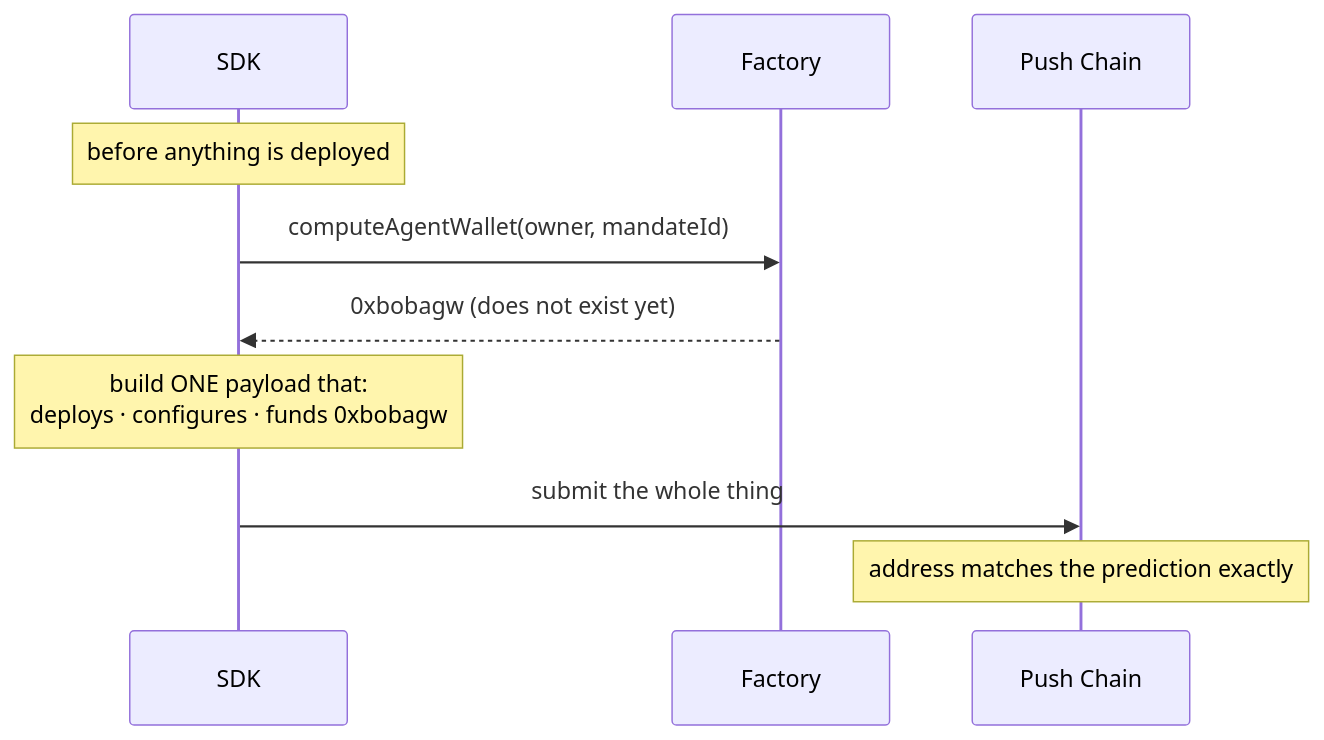
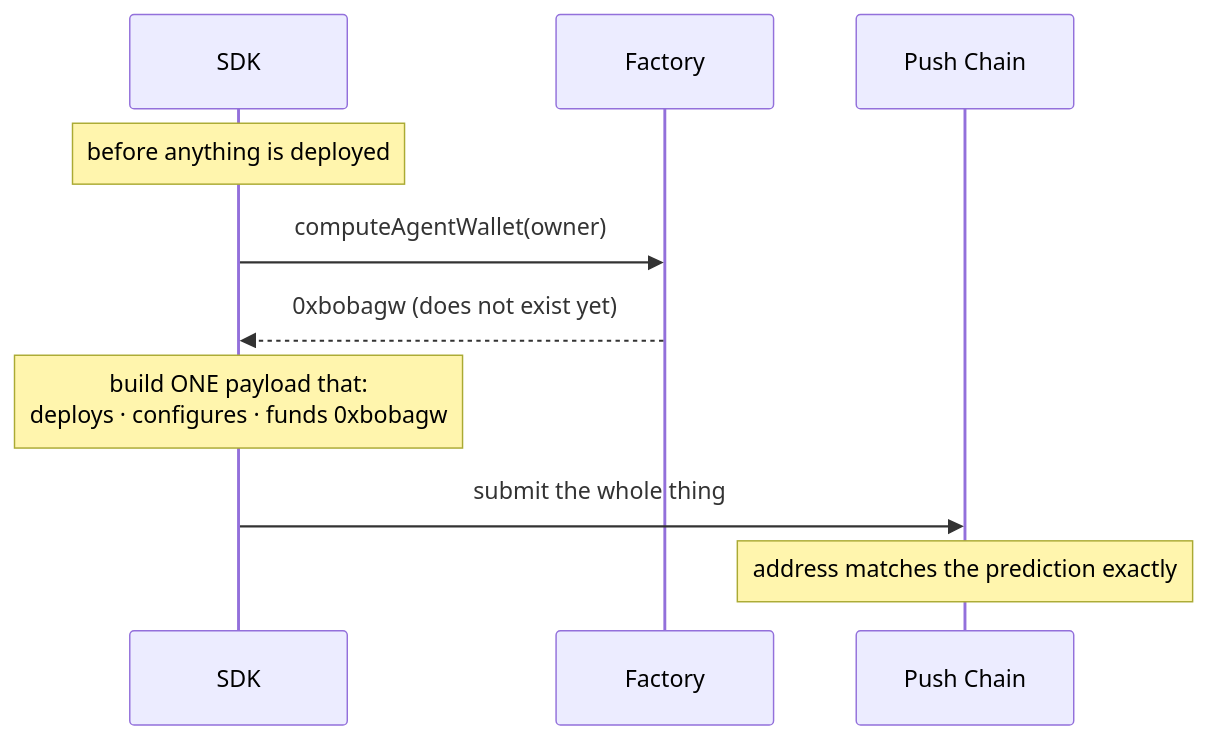
Before and after one commit to HusseinAdeiza/push-agentic-wallets: the fourth of 4 diagrams in docs/factory.md, drawn with Mermaid. The commit also changed other lines of this file and 31 other files, not shown here.

First line of the commit message:
Implement architecture v2: one wallet per user

````diff
--- a/docs/factory.md
+++ b/docs/factory.md
@@ -119,15 +127,15 @@
 ```mermaid
 sequenceDiagram
     participant SDK
     participant F as Factory
     participant Chain as Push Chain
 
     Note over SDK: before anything is deployed
-    SDK->>F: computeAgentWallet(owner, mandateId)
+    SDK->>F: computeAgentWallet(owner)
     F-->>SDK: 0xbobagw (does not exist yet)
 
     Note over SDK: build ONE payload that:<br/>deploys · configures · funds 0xbobagw
 
     SDK->>Chain: submit the whole thing
     Note over Chain: address matches the prediction exactly
 ```
````
